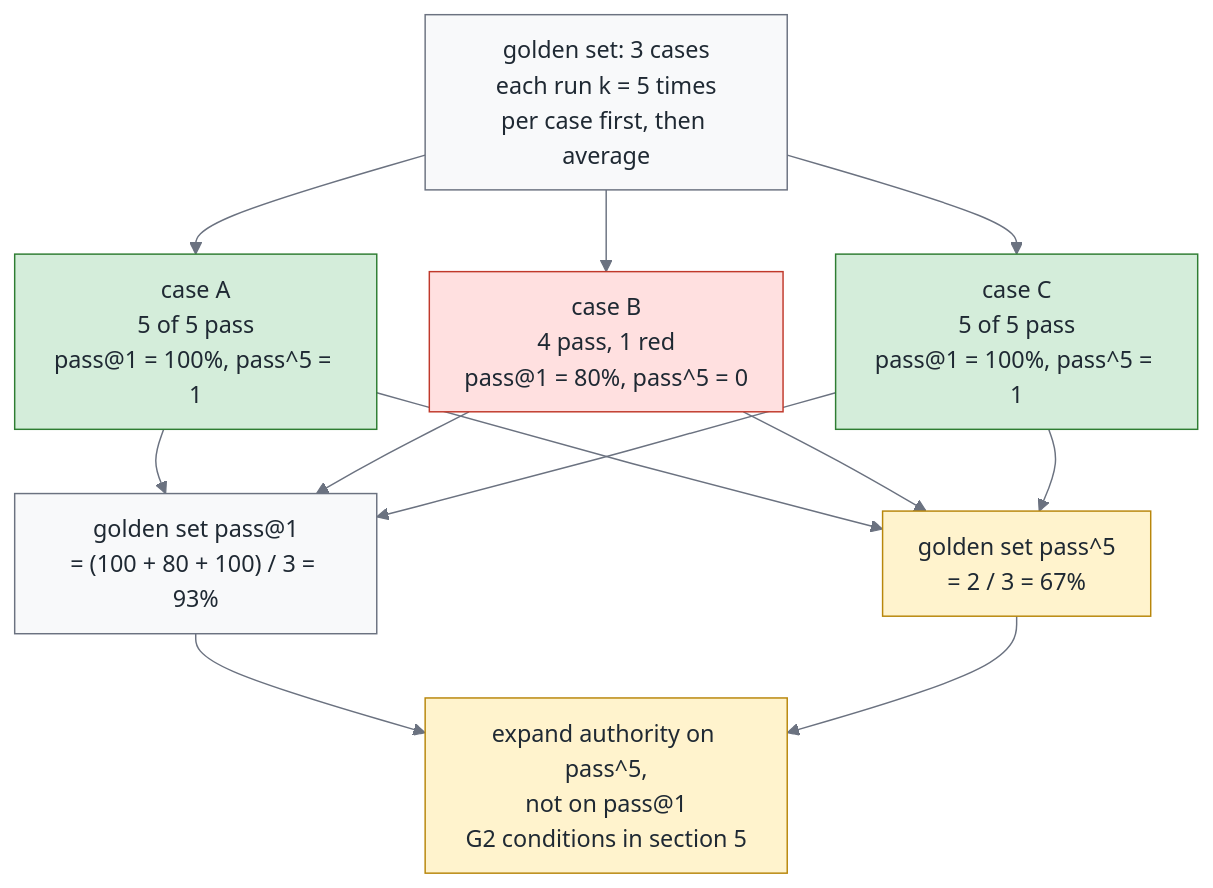
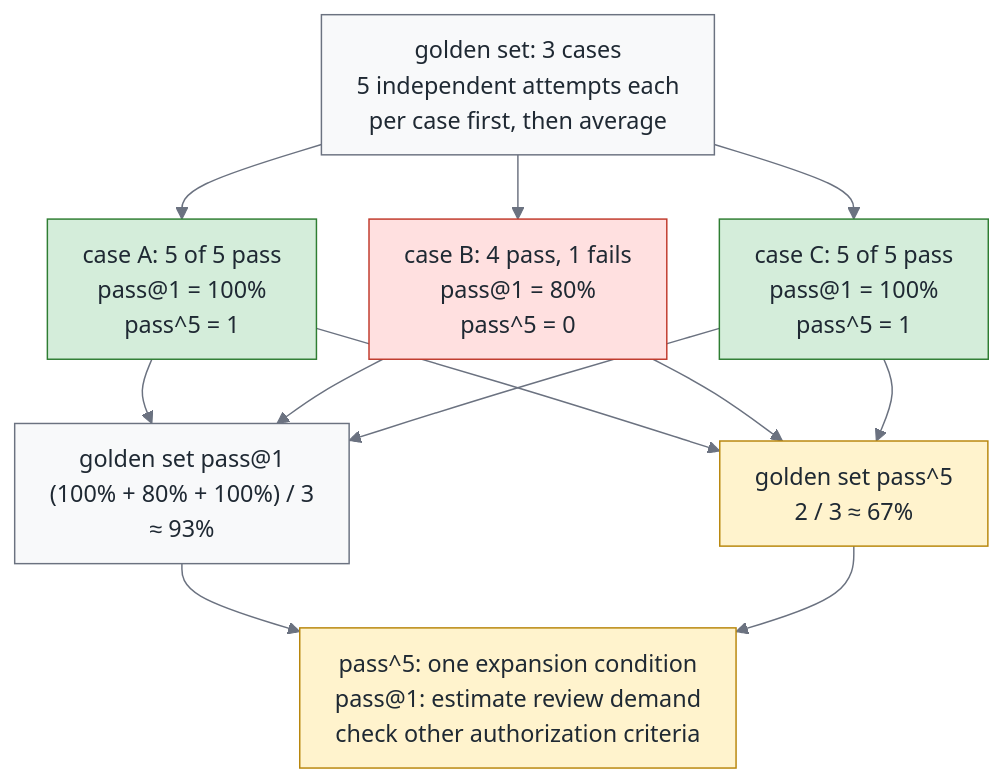
Before and after one commit to fantasybz/medium-articles: the second of 4 diagrams in 2026-10-green-reliability/article.en.md, drawn with Mermaid. The commit also changed other lines of this file and 23 other files, not shown here.

````diff
--- a/2026-10-green-reliability/article.en.md
+++ b/2026-10-green-reliability/article.en.md
@@ -230,41 +237,42 @@
 ```mermaid
 ---
 config:
   theme: base
   themeVariables:
     fontSize: 16px
     primaryColor: "#f8f9fa"
     primaryTextColor: "#1f2933"
     primaryBorderColor: "#6b7280"
     lineColor: "#6b7280"
     secondaryColor: "#f8f9fa"
     tertiaryColor: "#ffffff"
     clusterBkg: "#ffffff"
     clusterBorder: "#9ca3af"
     edgeLabelBackground: "#ffffff"
   flowchart:
     nodeSpacing: 36
     rankSpacing: 44
     padding: 12
     htmlLabels: true
+    wrappingWidth: 300
     subGraphTitleMargin:
       top: 8
       bottom: 12
     curve: basis
 ---
 flowchart TB
     classDef own fill:#d4edda,stroke:#2e7d32,color:#1f2933
     classDef buy fill:#fff3cd,stroke:#b8860b,color:#1f2933
     classDef bad fill:#ffe0e0,stroke:#c0392b,color:#1f2933
     classDef human fill:#e3f2fd,stroke:#1565c0,color:#1f2933
-    G["golden set: 3 cases<br/>each run k = 5 times<br/>per case first, then average"]
-    G --> A["case A<br/>5 of 5 pass<br/>pass@1 = 100%, pass^5 = 1"]
-    G --> B["case B<br/>4 pass, 1 red<br/>pass@1 = 80%, pass^5 = 0"]
-    G --> Cc["case C<br/>5 of 5 pass<br/>pass@1 = 100%, pass^5 = 1"]
-    A & B & Cc --> P1["golden set pass@1<br/>= (100 + 80 + 100) / 3 = 93%"]
-    A & B & Cc --> P5["golden set pass^5<br/>= 2 / 3 = 67%"]
-    P1 & P5 --> D["expand authority on pass^5,<br/>not on pass@1<br/>G2 conditions in section 5"]
+    G["golden set: 3 cases<br/>5 independent attempts each<br/>per case first, then average"]
+    G --> A["case A: 5 of 5 pass<br/>pass@1 = 100%<br/>pass^5 = 1"]
+    G --> B["case B: 4 pass, 1 fails<br/>pass@1 = 80%<br/>pass^5 = 0"]
+    G --> Cc["case C: 5 of 5 pass<br/>pass@1 = 100%<br/>pass^5 = 1"]
+    A & B & Cc --> P1["golden set pass@1<br/>(100% + 80% + 100%) / 3<br/>≈ 93%"]
+    A & B & Cc --> P5["golden set pass^5<br/>2 / 3 ≈ 67%"]
+    P1 & P5 --> D["pass^5: one expansion condition<br/>pass@1: estimate review demand<br/>check other authorization criteria"]
     class B bad
     class A,Cc own
     class P5,D buy
 ```
````
